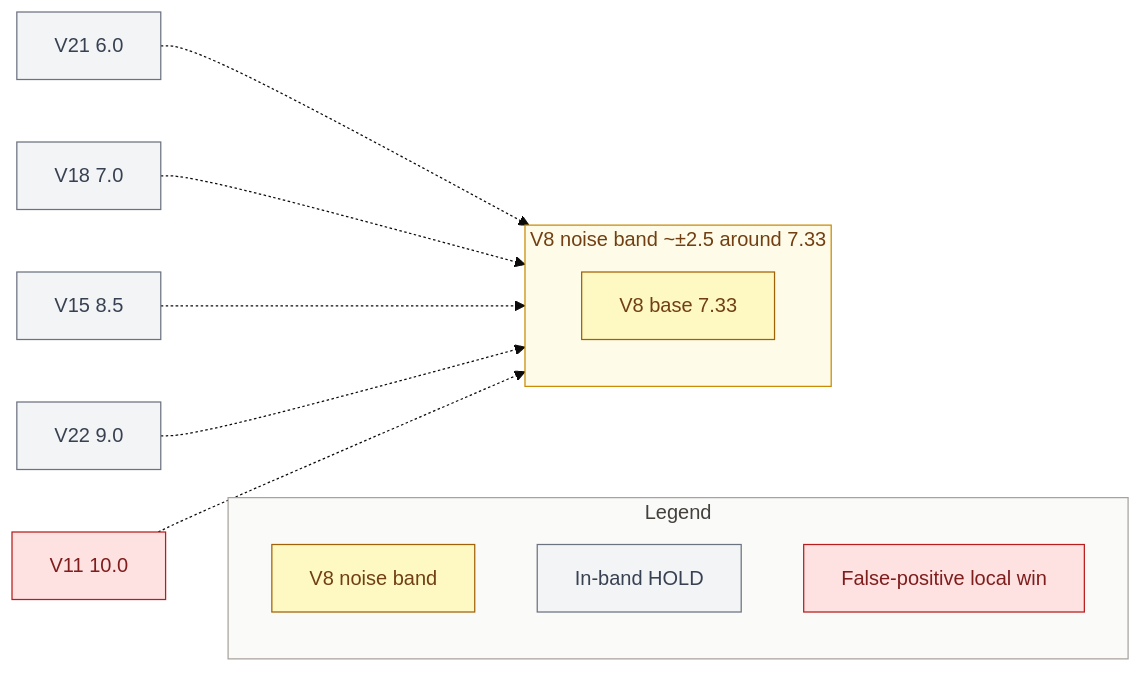
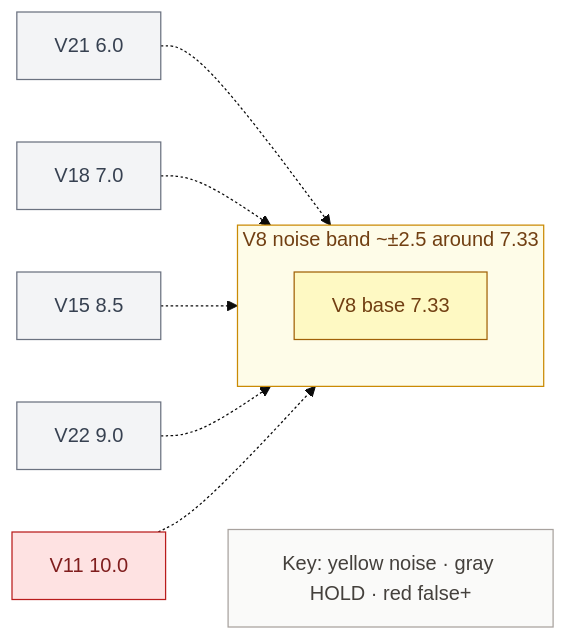
One commit to khaosans/noisegate-gemma4-factory changed the fifth of 7 diagrams in docs/wiki/Architecture.md. Above: the diagram before and after it, drawn with Mermaid (base theme). The commit also changed other lines of this file and 4 other files, not shown here.

First line of the commit message:
docs: compact Mermaid legends to single Key lines

````diff
--- a/docs/wiki/Architecture.md
+++ b/docs/wiki/Architecture.md
@@ -165,28 +144,23 @@
 ```mermaid
 flowchart LR
   subgraph Band["V8 noise band ~±2.5 around 7.33"]
     V8[V8 base 7.33]
   end
   V21[V21 6.0] -.-> Band
   V18[V18 7.0] -.-> Band
   V15[V15 8.5] -.-> Band
   V22[V22 9.0] -.-> Band
   V11[V11 10.0] -.-> Band
 
-  subgraph Legend["Legend"]
-    direction TB
-    LegN[V8 noise band]
-    LegI[In-band HOLD]
-    LegX[False-positive local win]
-  end
-  V11 ~~~ LegN
+  Key["Key: yellow noise · gray HOLD · red false+"]
+  V11 ~~~ Key
 
   classDef noise fill:#FEF9C3,stroke:#A16207,color:#713F12
   classDef inside fill:#F3F4F6,stroke:#6B7280,color:#374151
   classDef falsepos fill:#FEE2E2,stroke:#B91C1C,color:#7F1D1D
-  class V8,LegN noise
-  class V21,V18,V15,V22,LegI inside
-  class V11,LegX falsepos
+  class V8 noise
+  class V21,V18,V15,V22 inside
+  class V11 falsepos
   style Band fill:#FEFCE8,stroke:#CA8A04,color:#713F12
-  style Legend fill:#FAFAF9,stroke:#A8A29E,color:#44403C
+  style Key fill:#FAFAF9,stroke:#A8A29E,color:#44403C
 ```
````
